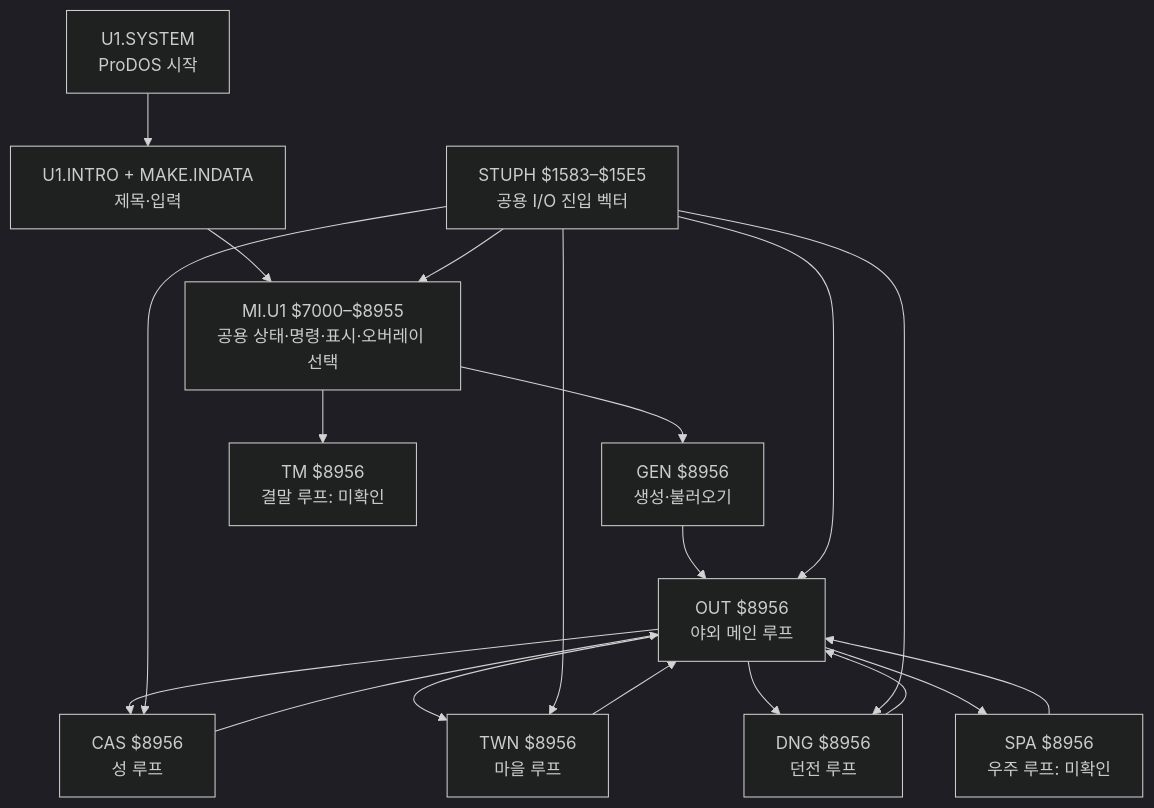
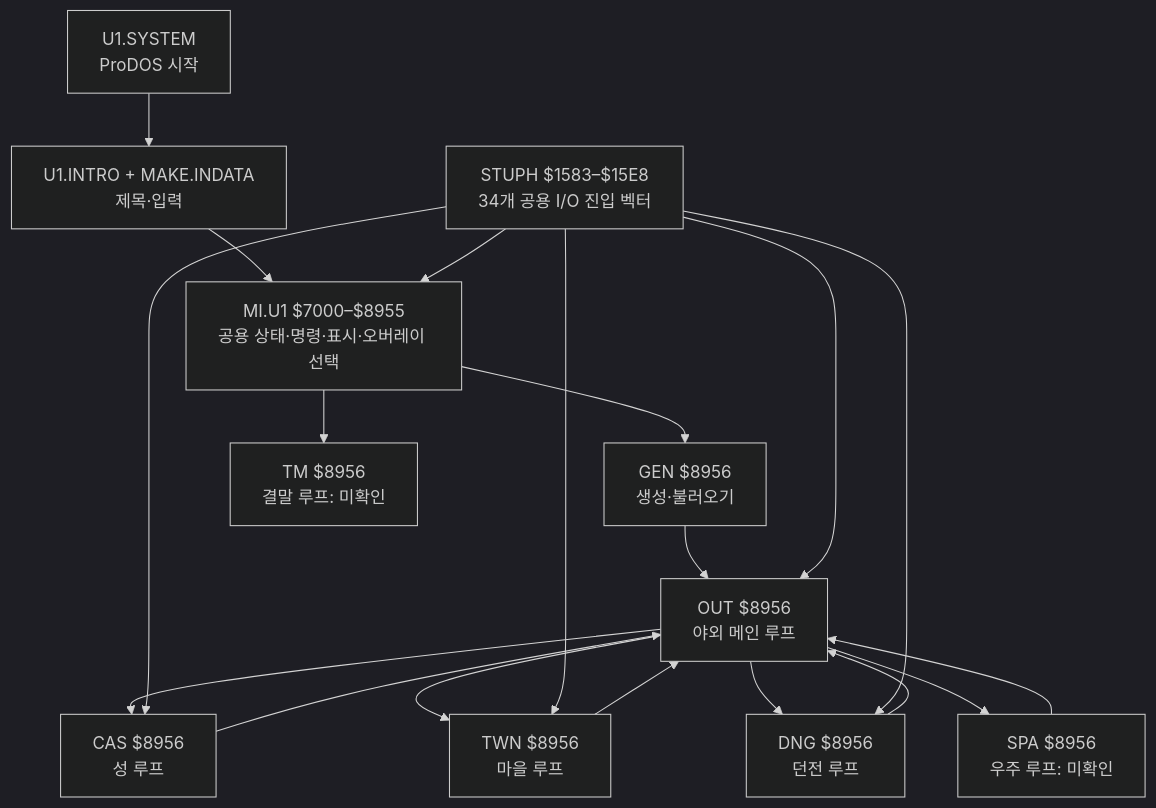
The diagram in docs/execution-architecture.md (hongjuny/Ultima1_reveng), drawn with Mermaid (dark theme) before and after one commit. The commit also changed other lines of this file and 18 other files, not shown here.

````diff
--- a/docs/execution-architecture.md
+++ b/docs/execution-architecture.md
@@ -5,21 +5,21 @@
 ```mermaid
 flowchart TD
     SYS["U1.SYSTEM<br/>ProDOS 시작"] --> INTRO["U1.INTRO + MAKE.INDATA<br/>제목·입력"]
     INTRO --> MI["MI.U1 $7000–$8955<br/>공용 상태·명령·표시·오버레이 선택"]
     MI --> GEN["GEN $8956<br/>생성·불러오기"]
     GEN --> OUT["OUT $8956<br/>야외 메인 루프"]
     OUT --> CAS["CAS $8956<br/>성 루프"]
     OUT --> TWN["TWN $8956<br/>마을 루프"]
     OUT --> DNG["DNG $8956<br/>던전 루프"]
     OUT --> SPA["SPA $8956<br/>우주 루프: 미확인"]
     MI --> TM["TM $8956<br/>결말 루프: 미확인"]
-    STUPH["STUPH $1583–$15E5<br/>공용 I/O 진입 벡터"] --> MI
+    STUPH["STUPH $1583–$15E8<br/>34개 공용 I/O 진입 벡터"] --> MI
     STUPH --> OUT
     STUPH --> CAS
     STUPH --> TWN
     STUPH --> DNG
     CAS --> OUT
     TWN --> OUT
     DNG --> OUT
     SPA --> OUT
 ```
````
